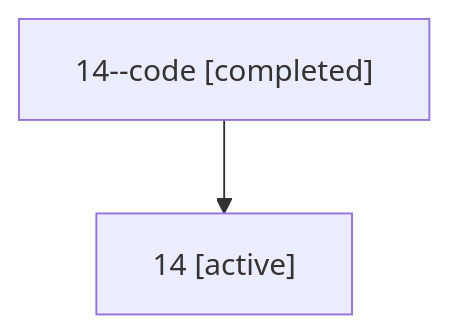
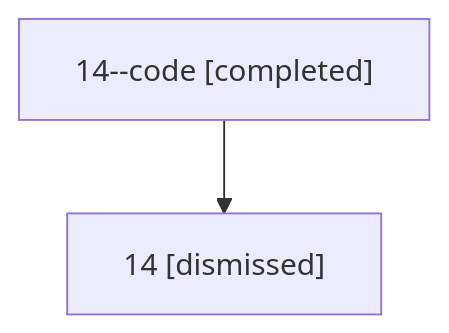
Before and after one commit to bobs-org/bob-cli--agents: the diagram in sessions/bbugyi200.athena.14.md, drawn with Mermaid. The commit also changed other lines of this file and 42 other files, not shown here.

````diff
--- a/sessions/bbugyi200.athena.14.md
+++ b/sessions/bbugyi200.athena.14.md
@@ -9,6 +9,6 @@
 ```mermaid
 flowchart TD
   n0["14--code [completed]"]
-  n1["14 [active]"]
+  n1["14 [dismissed]"]
   n0 --> n1
 ```
````
